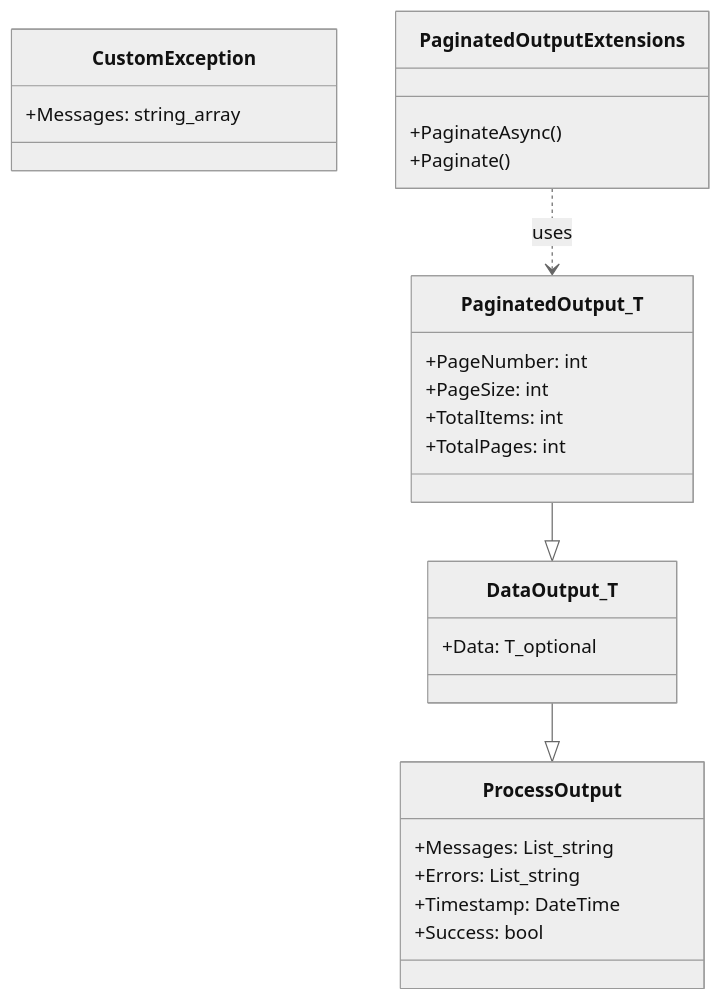
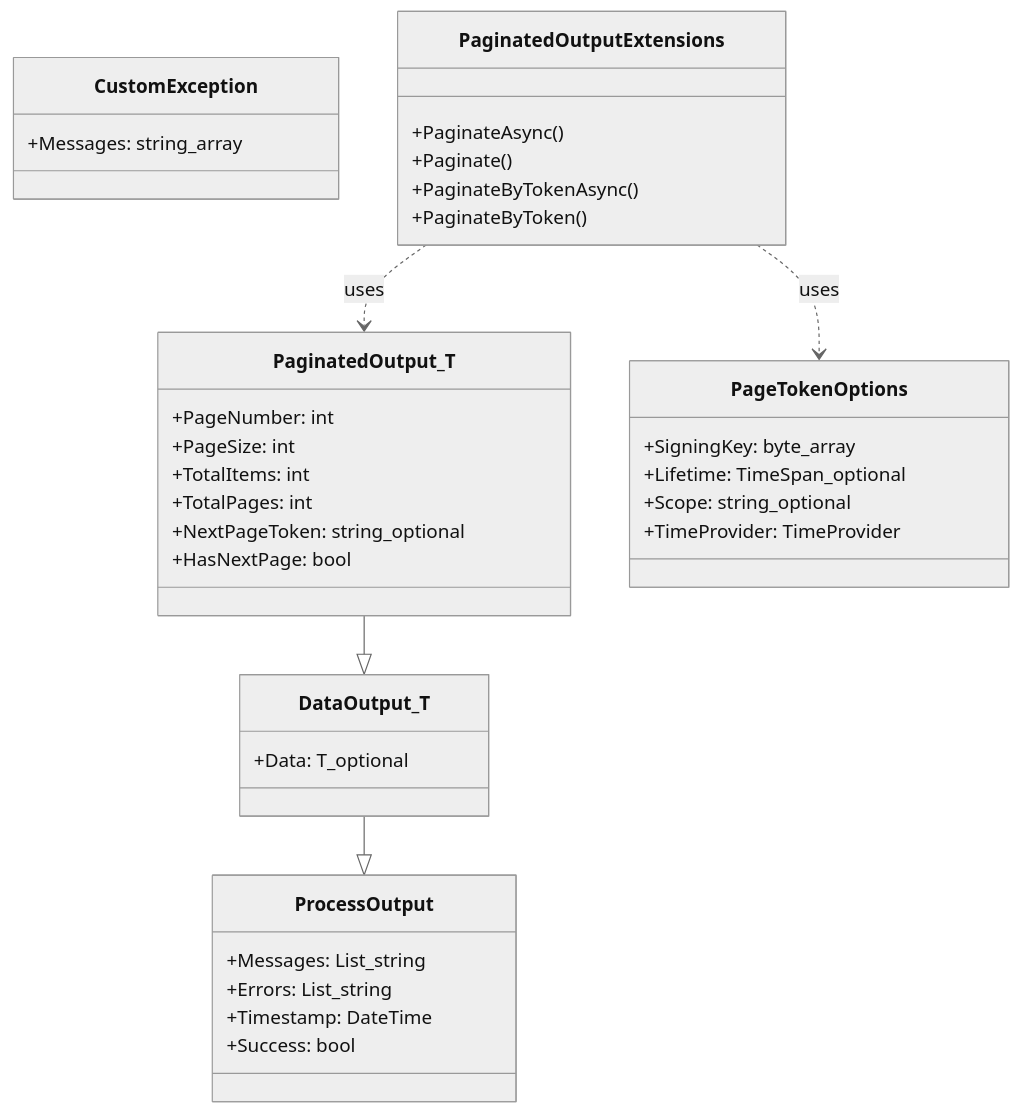
One commit to artur-rios/dotnet-output changed the diagram in README.md. Above: the diagram before and after it, drawn with Mermaid (neutral theme). The commit also changed other lines of this file and 15 other files, not shown here.

````diff
--- a/README.md
+++ b/README.md
@@ -199,33 +279,45 @@
 ```mermaid
 classDiagram
     class ProcessOutput {
         +Messages: List_string
         +Errors: List_string
         +Timestamp: DateTime
         +Success: bool
     }
 
     class DataOutput_T {
         +Data: T_optional
     }
 
     class PaginatedOutput_T {
         +PageNumber: int
         +PageSize: int
         +TotalItems: int
         +TotalPages: int
+        +NextPageToken: string_optional
+        +HasNextPage: bool
     }
 
     class CustomException {
         +Messages: string_array
     }
 
     class PaginatedOutputExtensions {
         +PaginateAsync()
         +Paginate()
+        +PaginateByTokenAsync()
+        +PaginateByToken()
     }
 
     DataOutput_T --|> ProcessOutput
     PaginatedOutput_T --|> DataOutput_T
+    class PageTokenOptions {
+        +SigningKey: byte_array
+        +Lifetime: TimeSpan_optional
+        +Scope: string_optional
+        +TimeProvider: TimeProvider
+    }
+
     PaginatedOutputExtensions ..> PaginatedOutput_T: uses
+    PaginatedOutputExtensions ..> PageTokenOptions: uses
 ```
````
